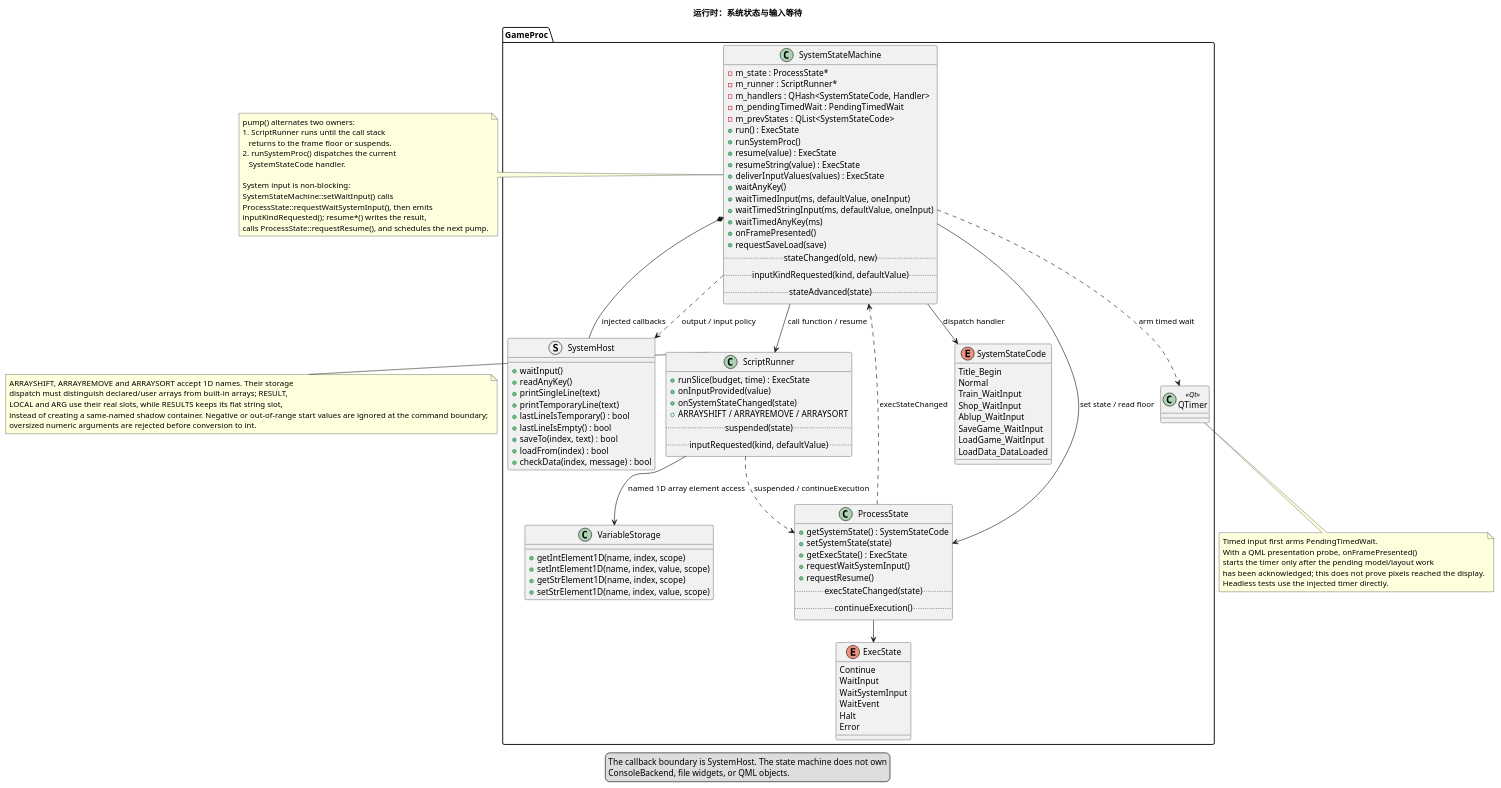
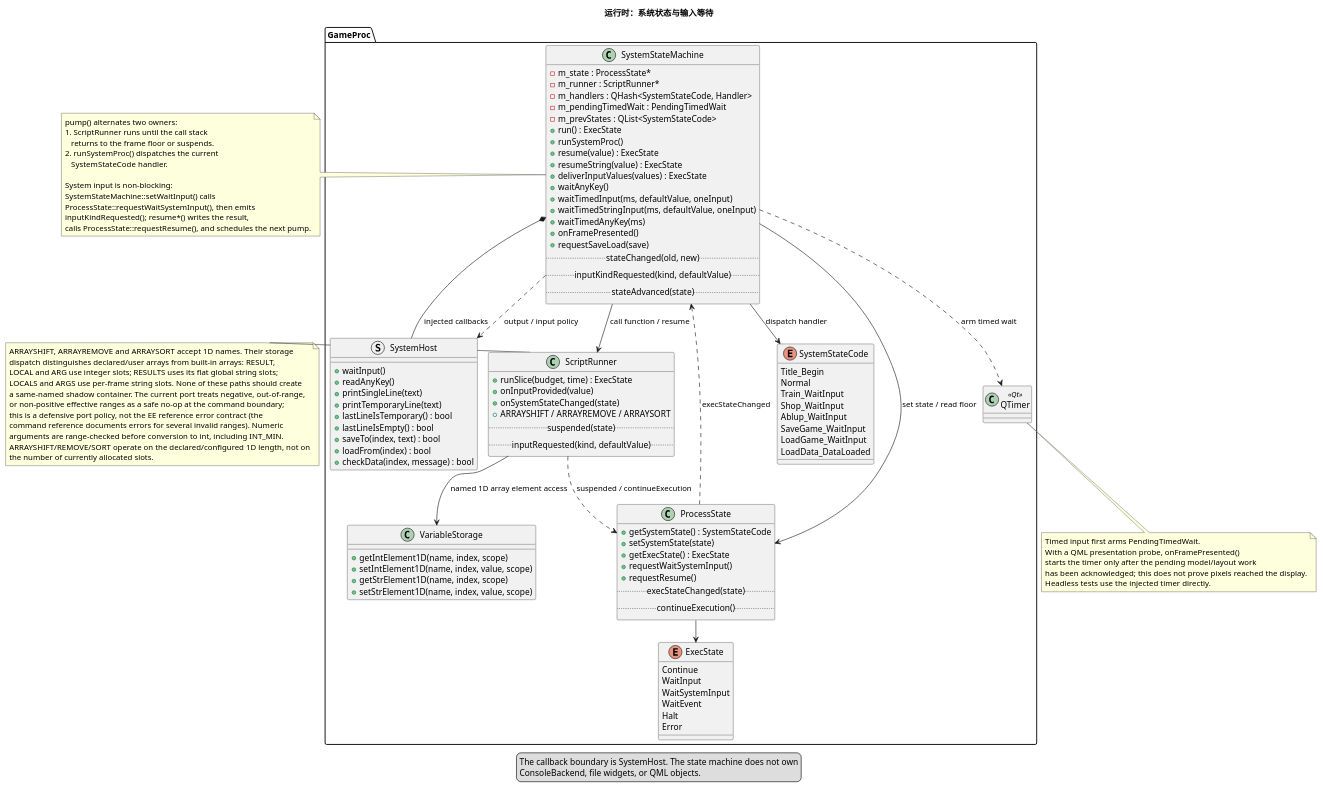
Before and after one commit to yigekuyou/qt-eraemu: the diagram in docs/uml/03-runtime-system.puml, drawn with PlantUML. The commit also changed 7 other files, not shown here.

```diff
--- a/docs/uml/03-runtime-system.puml
+++ b/docs/uml/03-runtime-system.puml
@@ -1,137 +1,143 @@
 @startuml 03-runtime-system
 !pragma layout smetana
 ' 运行时责任 2/4：系统状态、脚本帧底与输入等待
 ' 来源：GameProc/system_state_machine.h, process_state.h, script_runner.h
 
 title 运行时：系统状态与输入等待
 
 package "GameProc" {
   class SystemStateMachine {
     - m_state : ProcessState*
     - m_runner : ScriptRunner*
     - m_handlers : QHash<SystemStateCode, Handler>
     - m_pendingTimedWait : PendingTimedWait
     - m_prevStates : QList<SystemStateCode>
     + run() : ExecState
     + runSystemProc()
     + resume(value) : ExecState
     + resumeString(value) : ExecState
     + deliverInputValues(values) : ExecState
     + waitAnyKey()
     + waitTimedInput(ms, defaultValue, oneInput)
     + waitTimedStringInput(ms, defaultValue, oneInput)
     + waitTimedAnyKey(ms)
     + onFramePresented()
     + requestSaveLoad(save)
     .. stateChanged(old, new) ..
     .. inputKindRequested(kind, defaultValue) ..
     .. stateAdvanced(state) ..
   }
 
   struct SystemHost {
     + waitInput()
     + readAnyKey()
     + printSingleLine(text)
     + printTemporaryLine(text)
     + lastLineIsTemporary() : bool
     + lastLineIsEmpty() : bool
     + saveTo(index, text) : bool
     + loadFrom(index) : bool
     + checkData(index, message) : bool
   }
 
   class ScriptRunner {
     + runSlice(budget, time) : ExecState
     + onInputProvided(value)
     + onSystemStateChanged(state)
     + ARRAYSHIFT / ARRAYREMOVE / ARRAYSORT
     .. suspended(state) ..
     .. inputRequested(kind, defaultValue) ..
   }
 
   class VariableStorage {
     + getIntElement1D(name, index, scope)
     + setIntElement1D(name, index, value, scope)
     + getStrElement1D(name, index, scope)
     + setStrElement1D(name, index, value, scope)
   }
 
   class ProcessState {
     + getSystemState() : SystemStateCode
     + setSystemState(state)
     + getExecState() : ExecState
     + requestWaitSystemInput()
     + requestResume()
     .. execStateChanged(state) ..
     .. continueExecution() ..
   }
 
   enum SystemStateCode {
     Title_Begin
     Normal
     Train_WaitInput
     Shop_WaitInput
     Ablup_WaitInput
     SaveGame_WaitInput
     LoadGame_WaitInput
     LoadData_DataLoaded
   }
 
   enum ExecState {
     Continue
     WaitInput
     WaitSystemInput
     WaitEvent
     Halt
     Error
   }
 
   class QTimer <<Qt>>
 }
 
 SystemStateMachine *-- SystemHost : injected callbacks
 SystemStateMachine --> ProcessState : set state / read floor
 SystemStateMachine --> ScriptRunner : call function / resume
 SystemStateMachine --> SystemStateCode : dispatch handler
 ProcessState --> ExecState
 ProcessState ..> SystemStateMachine : execStateChanged
 ScriptRunner ..> ProcessState : suspended / continueExecution
 SystemStateMachine ..> QTimer : arm timed wait
 SystemStateMachine ..> SystemHost : output / input policy
 ScriptRunner --> VariableStorage : named 1D array element access
 
 note right of ScriptRunner
   ARRAYSHIFT, ARRAYREMOVE and ARRAYSORT accept 1D names. Their storage
-  dispatch must distinguish declared/user arrays from built-in arrays; RESULT,
-  LOCAL and ARG use their real slots, while RESULTS keeps its flat string slot,
-  instead of creating a same-named shadow container. Negative or out-of-range start values are ignored at the command boundary;
-  oversized numeric arguments are rejected before conversion to int.
+  dispatch distinguishes declared/user arrays from built-in arrays: RESULT,
+  LOCAL and ARG use integer slots; RESULTS uses its flat global string slots;
+  LOCALS and ARGS use per-frame string slots. None of these paths should create
+  a same-named shadow container. The current port treats negative, out-of-range,
+  or non-positive effective ranges as a safe no-op at the command boundary;
+  this is a defensive port policy, not the EE reference error contract (the
+  command reference documents errors for several invalid ranges). Numeric
+  arguments are range-checked before conversion to int, including INT_MIN.
+  ARRAYSHIFT/REMOVE/SORT operate on the declared/configured 1D length, not on
+  the number of currently allocated slots.
 end note
 
 note right of SystemStateMachine
   pump() alternates two owners:
   1. ScriptRunner runs until the call stack
      returns to the frame floor or suspends.
   2. runSystemProc() dispatches the current
      SystemStateCode handler.
 
   System input is non-blocking:
   SystemStateMachine::setWaitInput() calls
   ProcessState::requestWaitSystemInput(), then emits
   inputKindRequested(); resume*() writes the result,
   calls ProcessState::requestResume(), and schedules the next pump.
 end note
 
 note bottom of QTimer
   Timed input first arms PendingTimedWait.
   With a QML presentation probe, onFramePresented()
   starts the timer only after the pending model/layout work
   has been acknowledged; this does not prove pixels reached the display.
   Headless tests use the injected timer directly.
 end note
 
 legend bottom
   The callback boundary is SystemHost. The state machine does not own
   ConsoleBackend, file widgets, or QML objects.
 endlegend
 @enduml
```
